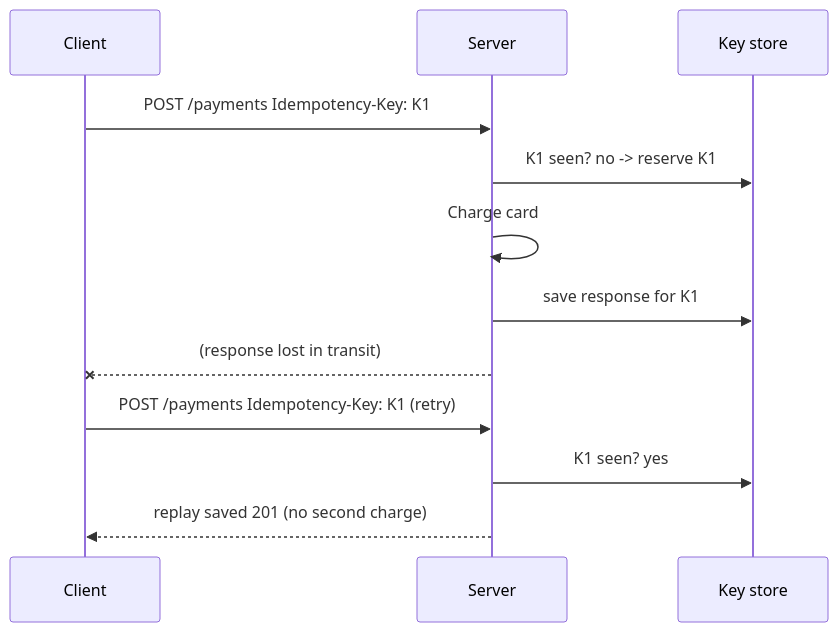
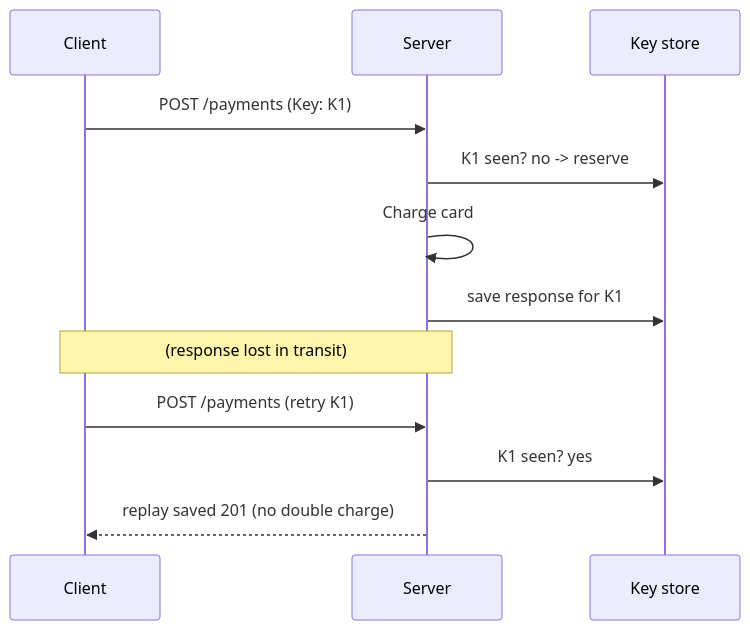
The second of 3 diagrams in API/Fundamentals/03_cross_cutting_concerns.md (AkiebNazir/engineering-guide), drawn with Mermaid before and after one commit. The commit also changed other lines of this file and 170 other files, not shown here.

````diff
--- a/API/Fundamentals/03_cross_cutting_concerns.md
+++ b/API/Fundamentals/03_cross_cutting_concerns.md
@@ -123,14 +125,14 @@
 ```mermaid
 sequenceDiagram
     participant C as Client
     participant S as Server
     participant DB as Key store
-    C->>S: POST /payments  Idempotency-Key: K1
-    S->>DB: K1 seen?  no -> reserve K1
+    C->>S: POST /payments (Key: K1)
+    S->>DB: K1 seen? no -> reserve
     S->>S: Charge card
     S->>DB: save response for K1
-    S--xC: (response lost in transit)
-    C->>S: POST /payments  Idempotency-Key: K1  (retry)
-    S->>DB: K1 seen?  yes
-    S-->>C: replay saved 201 (no second charge)
+    Note over C,S: (response lost in transit)
+    C->>S: POST /payments (retry K1)
+    S->>DB: K1 seen? yes
+    S-->>C: replay saved 201 (no double charge)
 ```
````
